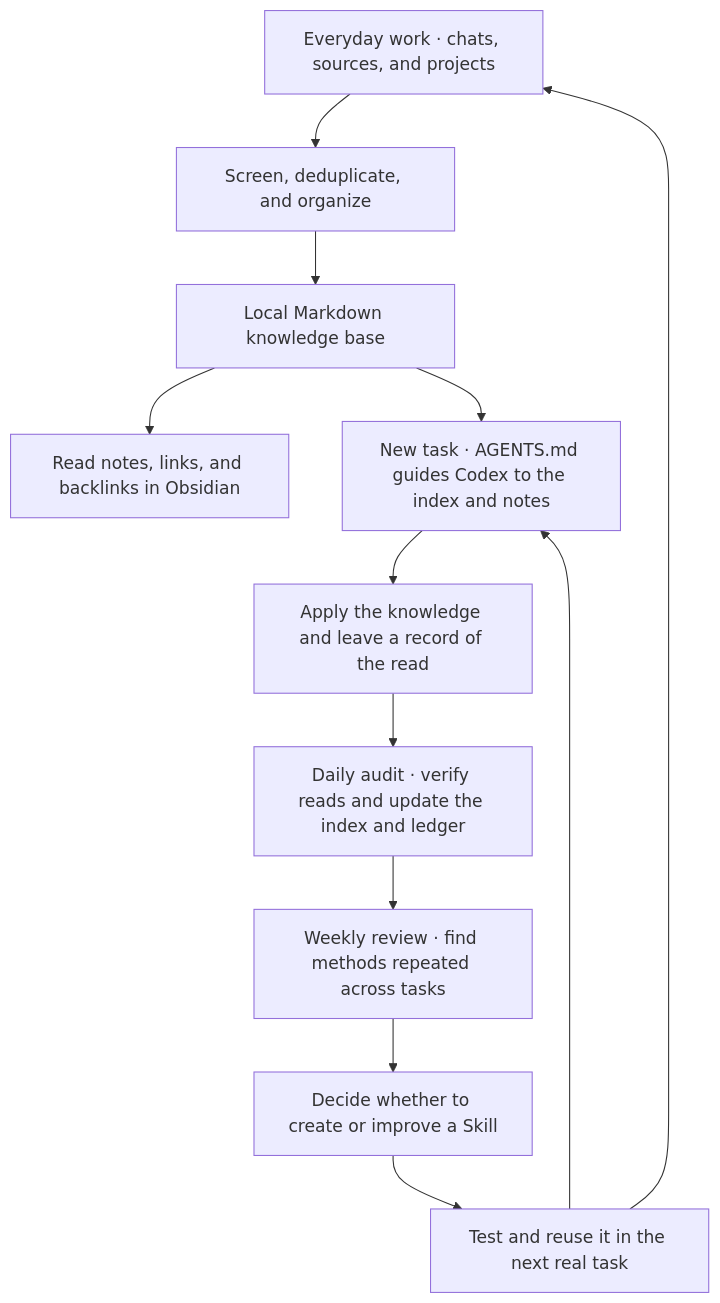
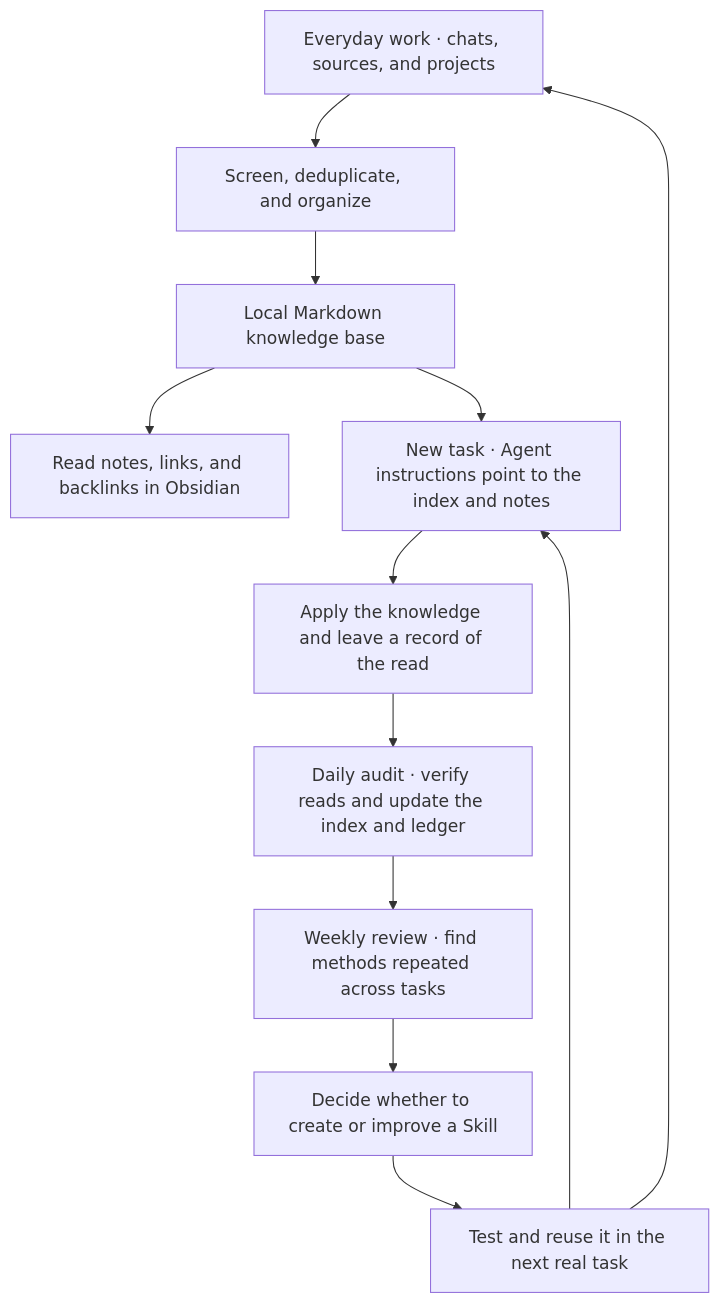
Before and after one commit to gilbertwuu/lifeos-knowledge: the diagram in README.md, drawn with Mermaid. The commit also changed other lines of this file and 3 other files, not shown here.

````diff
--- a/README.md
+++ b/README.md
@@ -9,14 +9,14 @@
 ```mermaid
 flowchart TD
     A["Everyday work · chats, sources, and projects"] --> B["Screen, deduplicate, and organize"]
     B --> C["Local Markdown knowledge base"]
     C --> D["Read notes, links, and backlinks in Obsidian"]
-    C --> E["New task · AGENTS.md guides Codex to the index and notes"]
+    C --> E["New task · Agent instructions point to the index and notes"]
     E --> F["Apply the knowledge and leave a record of the read"]
     F --> G["Daily audit · verify reads and update the index and ledger"]
     G --> H["Weekly review · find methods repeated across tasks"]
     H --> I["Decide whether to create or improve a Skill"]
     I --> J["Test and reuse it in the next real task"]
     J --> E
     J --> A
 ```
````
